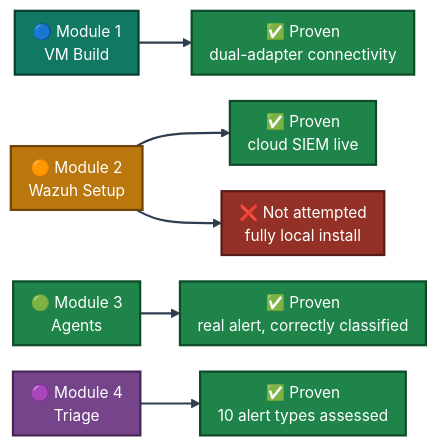
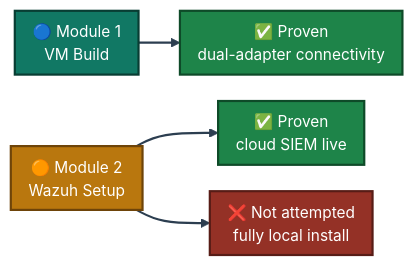
The third of 4 diagrams in 3-Advanced-Cyber-Projects/project-01-home-soc-lab-setup/README.md (malaika-azhar/Cybersecurity-Lab-Projects), drawn with Mermaid before and after one commit. The commit also changed other lines of this file, not shown here.

````diff
--- a/3-Advanced-Cyber-Projects/project-01-home-soc-lab-setup/README.md
+++ b/3-Advanced-Cyber-Projects/project-01-home-soc-lab-setup/README.md
@@ -365,16 +276,12 @@
 ```mermaid
 %%{init: {'theme': 'base', 'themeVariables': {'fontSize': '14px'}, 'flowchart': {'nodeSpacing': 24, 'rankSpacing': 34, 'padding': 8}}}%%
 flowchart LR
     M1["🔵 Module 1<br/>VM Build"]:::m1 --> P1["✅ Proven<br/>dual-adapter connectivity"]:::ok
     M2["🟠 Module 2<br/>Wazuh Setup"]:::m2 --> P2["✅ Proven<br/>cloud SIEM live"]:::ok
     M2 --> N2["❌ Not attempted<br/>fully local install"]:::bad
-    M3["🟢 Module 3<br/>Agents"]:::m3 --> P3["✅ Proven<br/>real alert, correctly classified"]:::ok
-    M4["🟣 Module 4<br/>Triage"]:::m4 --> P4["✅ Proven<br/>10 alert types assessed"]:::ok
     classDef m1 fill:#117864,stroke:#083D33,stroke-width:2px,color:#FFFFFF
     classDef m2 fill:#B9770E,stroke:#6E4409,stroke-width:2px,color:#FFFFFF
-    classDef m3 fill:#1E8449,stroke:#0E4A28,stroke-width:2px,color:#FFFFFF
-    classDef m4 fill:#76448A,stroke:#432752,stroke-width:2px,color:#FFFFFF
     classDef ok fill:#1E8449,stroke:#0E4A28,stroke-width:2px,color:#FFFFFF
     classDef bad fill:#943126,stroke:#571C16,stroke-width:2px,color:#FFFFFF
     linkStyle default stroke:#2C3E50,stroke-width:2px
 ```
````
